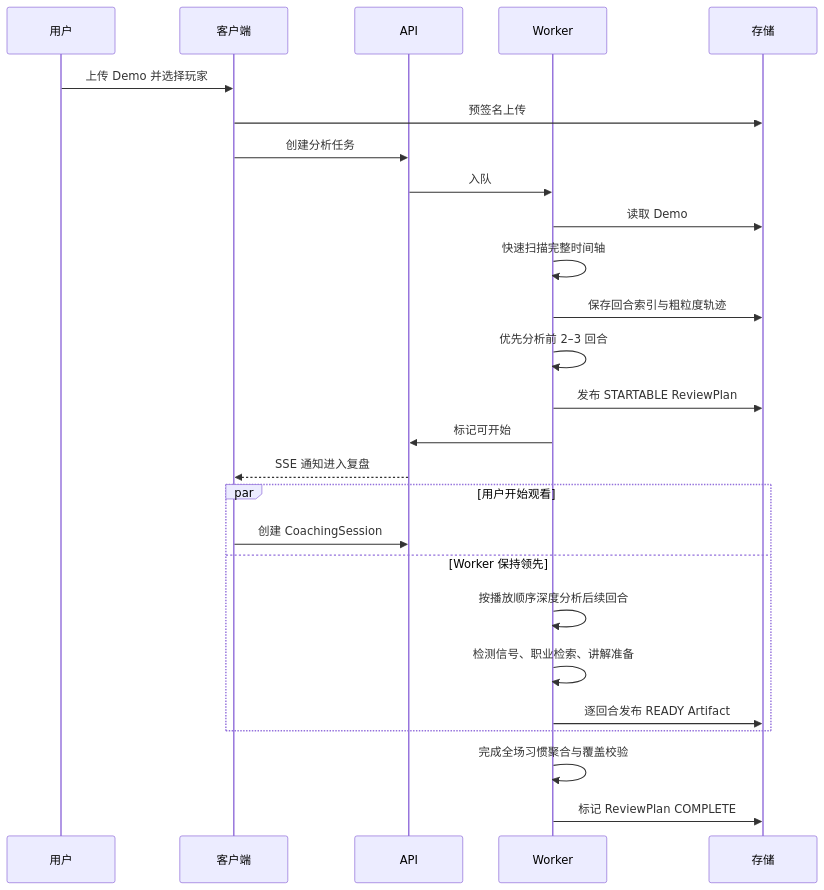
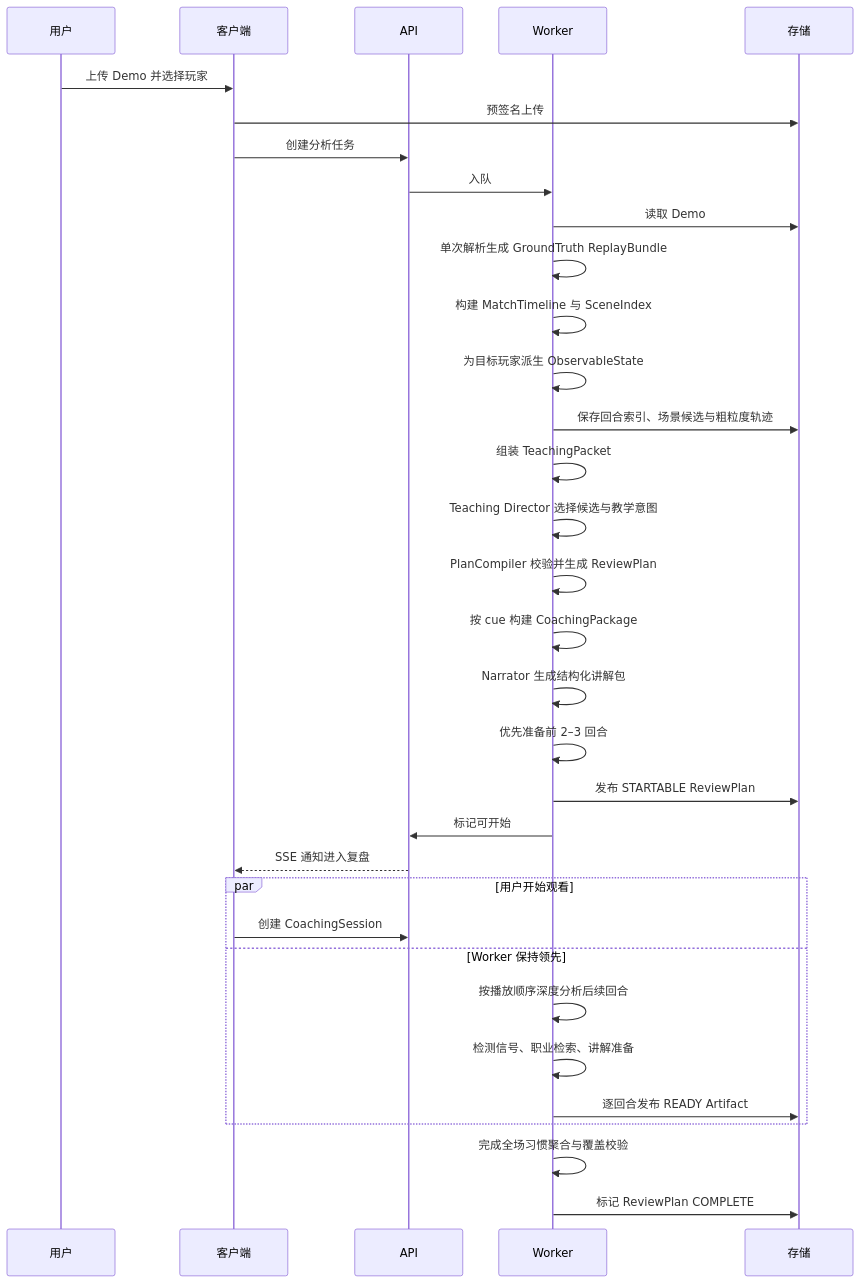
One commit to Vek-John/CS-agent changed the fourth of 4 diagrams in ARCHITECTURE.md. Above: the diagram before and after it, drawn with Mermaid. The commit also changed other lines of this file and 67 other files, not shown here.

````diff
--- a/ARCHITECTURE.md
+++ b/ARCHITECTURE.md
@@ -773,29 +868,36 @@
 ```mermaid
 sequenceDiagram
     participant U as 用户
     participant C as 客户端
     participant A as API
     participant W as Worker
     participant S as 存储
 
     U->>C: 上传 Demo 并选择玩家
     C->>S: 预签名上传
     C->>A: 创建分析任务
     A->>W: 入队
     W->>S: 读取 Demo
-    W->>W: 快速扫描完整时间轴
-    W->>S: 保存回合索引与粗粒度轨迹
-    W->>W: 优先分析前 2–3 回合
+    W->>W: 单次解析生成 GroundTruth ReplayBundle
+    W->>W: 构建 MatchTimeline 与 SceneIndex
+    W->>W: 为目标玩家派生 ObservableState
+    W->>S: 保存回合索引、场景候选与粗粒度轨迹
+    W->>W: 组装 TeachingPacket
+    W->>W: Teaching Director 选择候选与教学意图
+    W->>W: PlanCompiler 校验并生成 ReviewPlan
+    W->>W: 按 cue 构建 CoachingPackage
+    W->>W: Narrator 生成结构化讲解包
+    W->>W: 优先准备前 2–3 回合
     W->>S: 发布 STARTABLE ReviewPlan
     W->>A: 标记可开始
     A-->>C: SSE 通知进入复盘
     par 用户开始观看
         C->>A: 创建 CoachingSession
     and Worker 保持领先
         W->>W: 按播放顺序深度分析后续回合
         W->>W: 检测信号、职业检索、讲解准备
         W->>S: 逐回合发布 READY Artifact
     end
     W->>W: 完成全场习惯聚合与覆盖校验
     W->>S: 标记 ReviewPlan COMPLETE
 ```
````
